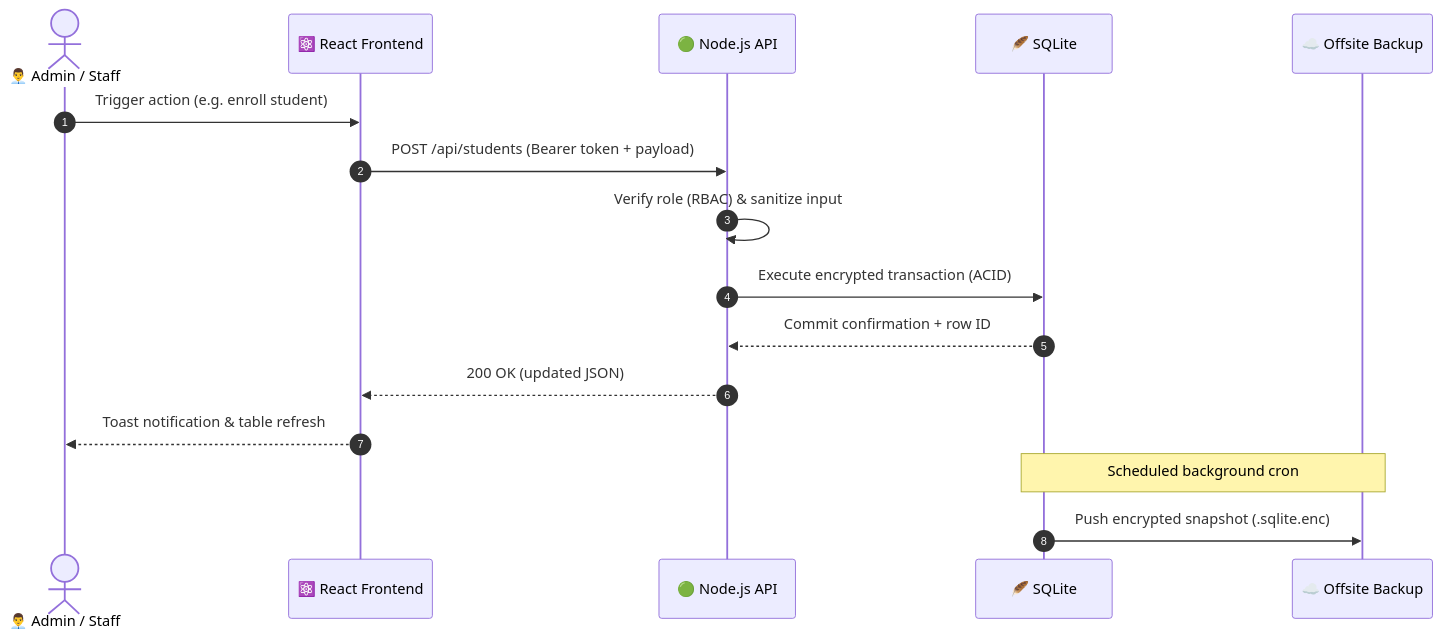
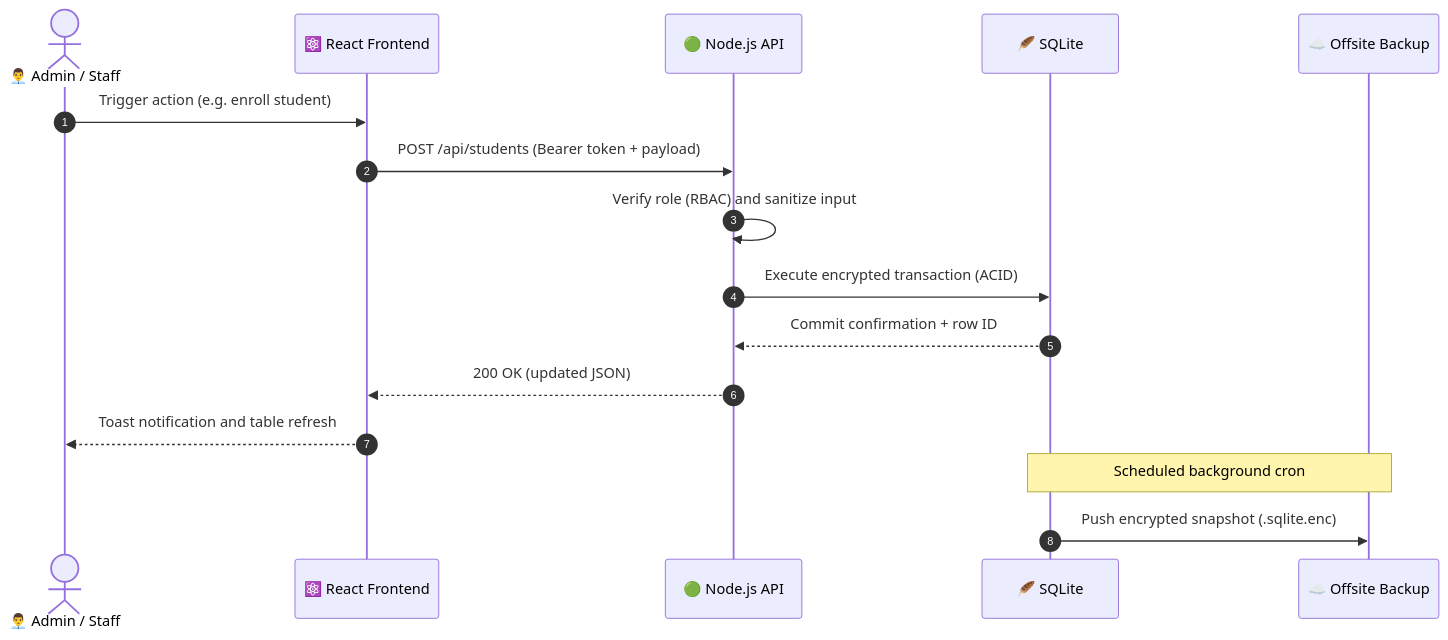
Before and after one commit to Adamnazeri/campusos: the second of 2 diagrams in README.md, drawn with Mermaid. The commit also changed other lines of this file, not shown here.

````diff
--- a/README.md
+++ b/README.md
@@ -124,19 +124,19 @@
 ```mermaid
 sequenceDiagram
     autonumber
     actor User as 👨‍💼 Admin / Staff
     participant SPA as ⚛️ React Frontend
     participant API as 🟢 Node.js API
     participant DB as 🪶 SQLite
     participant Vault as ☁️ Offsite Backup
 
     User->>SPA: Trigger action (e.g. enroll student)
     SPA->>API: POST /api/students (Bearer token + payload)
-    API->>API: Verify role (RBAC) & sanitize input
+    API->>API: Verify role (RBAC) and sanitize input
     API->>DB: Execute encrypted transaction (ACID)
     DB-->>API: Commit confirmation + row ID
     API-->>SPA: 200 OK (updated JSON)
-    SPA-->>User: Toast notification & table refresh
+    SPA-->>User: Toast notification and table refresh
     Note over DB,Vault: Scheduled background cron
     DB->>Vault: Push encrypted snapshot (.sqlite.enc)
 ```
````
